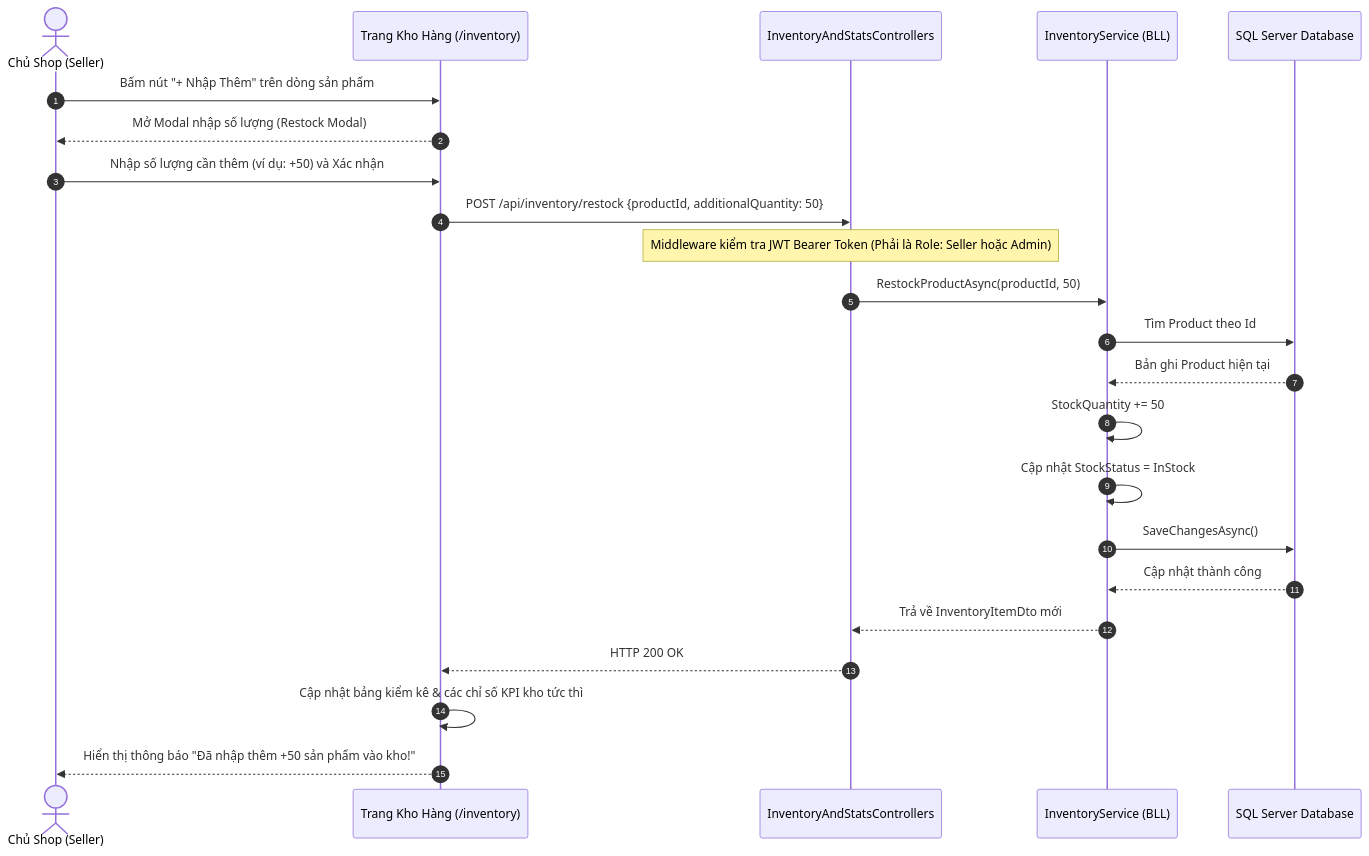
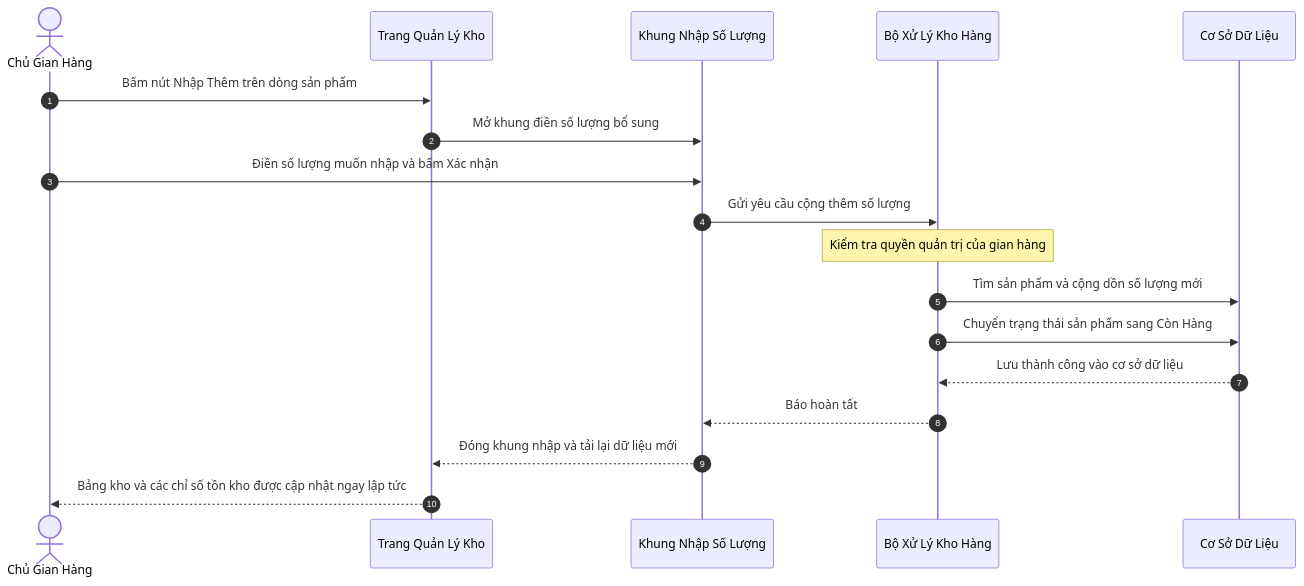
One commit to ducmanh-jr/aethelgard_shopping_mall changed diagram 13 of 16 in BAO_CAO_THIET_KE_HE_THONG.md. Above: the diagram before and after it, drawn with Mermaid. The commit also changed other lines of this file and 310 other files, not shown here.

Commit message:
hoàn thành

````diff
--- a/BAO_CAO_THIET_KE_HE_THONG.md
+++ b/BAO_CAO_THIET_KE_HE_THONG.md
@@ -504,29 +584,23 @@
 ```mermaid
 sequenceDiagram
     autonumber
-    actor Seller as Chủ Shop (Seller)
-    participant InvUI as Trang Kho Hàng (/inventory)
-    participant InvAPI as InventoryAndStatsControllers
-    participant InvService as InventoryService (BLL)
-    participant DB as SQL Server Database
+    actor Seller as Chủ Gian Hàng
+    participant InvUI as Trang Quản Lý Kho
+    participant Modal as Khung Nhập Số Lượng
+    participant InvService as Bộ Xử Lý Kho Hàng
+    participant DB as Cơ Sở Dữ Liệu
 
-    Seller->>InvUI: Bấm nút "+ Nhập Thêm" trên dòng sản phẩm
-    InvUI-->>Seller: Mở Modal nhập số lượng (Restock Modal)
-    Seller->>InvUI: Nhập số lượng cần thêm (ví dụ: +50) và Xác nhận
-    InvUI->>InvAPI: POST /api/inventory/restock {productId, additionalQuantity: 50}
+    Seller->>InvUI: Bấm nút Nhập Thêm trên dòng sản phẩm
+    InvUI->>Modal: Mở khung điền số lượng bổ sung
+    Seller->>Modal: Điền số lượng muốn nhập và bấm Xác nhận
+    Modal->>InvService: Gửi yêu cầu cộng thêm số lượng
     
-    note over InvAPI: Middleware kiểm tra JWT Bearer Token (Phải là Role: Seller hoặc Admin)
-    InvAPI->>InvService: RestockProductAsync(productId, 50)
-    InvService->>DB: Tìm Product theo Id
-    DB-->>InvService: Bản ghi Product hiện tại
+    note over InvService: Kiểm tra quyền quản trị của gian hàng
+    InvService->>DB: Tìm sản phẩm và cộng dồn số lượng mới
+    InvService->>DB: Chuyển trạng thái sản phẩm sang Còn Hàng
+    DB-->>InvService: Lưu thành công vào cơ sở dữ liệu
     
-    InvService->>InvService: StockQuantity += 50
-    InvService->>InvService: Cập nhật StockStatus = InStock
-    InvService->>DB: SaveChangesAsync()
-    DB-->>InvService: Cập nhật thành công
-    
-    InvService-->>InvAPI: Trả về InventoryItemDto mới
-    InvAPI-->>InvUI: HTTP 200 OK
-    InvUI->>InvUI: Cập nhật bảng kiểm kê & các chỉ số KPI kho tức thì
-    InvUI-->>Seller: Hiển thị thông báo "Đã nhập thêm +50 sản phẩm vào kho!"
+    InvService-->>Modal: Báo hoàn tất
+    Modal-->>InvUI: Đóng khung nhập và tải lại dữ liệu mới
+    InvUI-->>Seller: Bảng kho và các chỉ số tồn kho được cập nhật ngay lập tức
 ```
````
